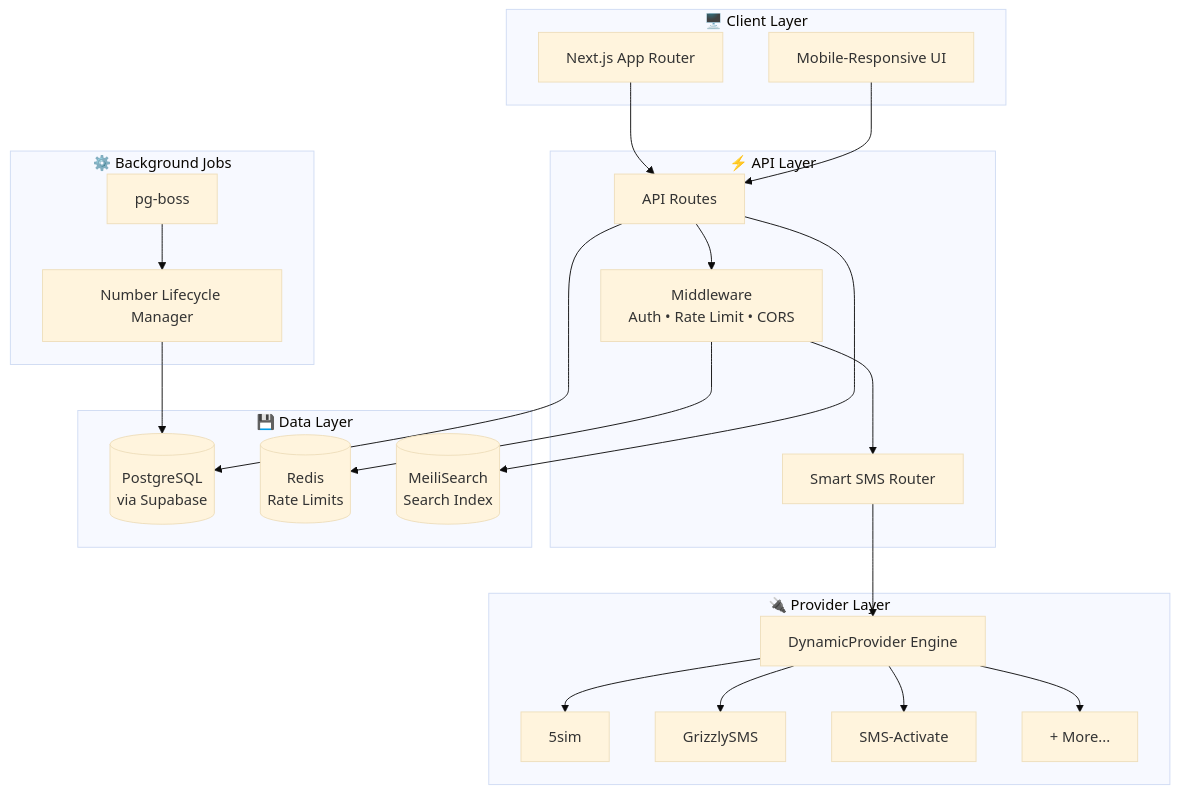
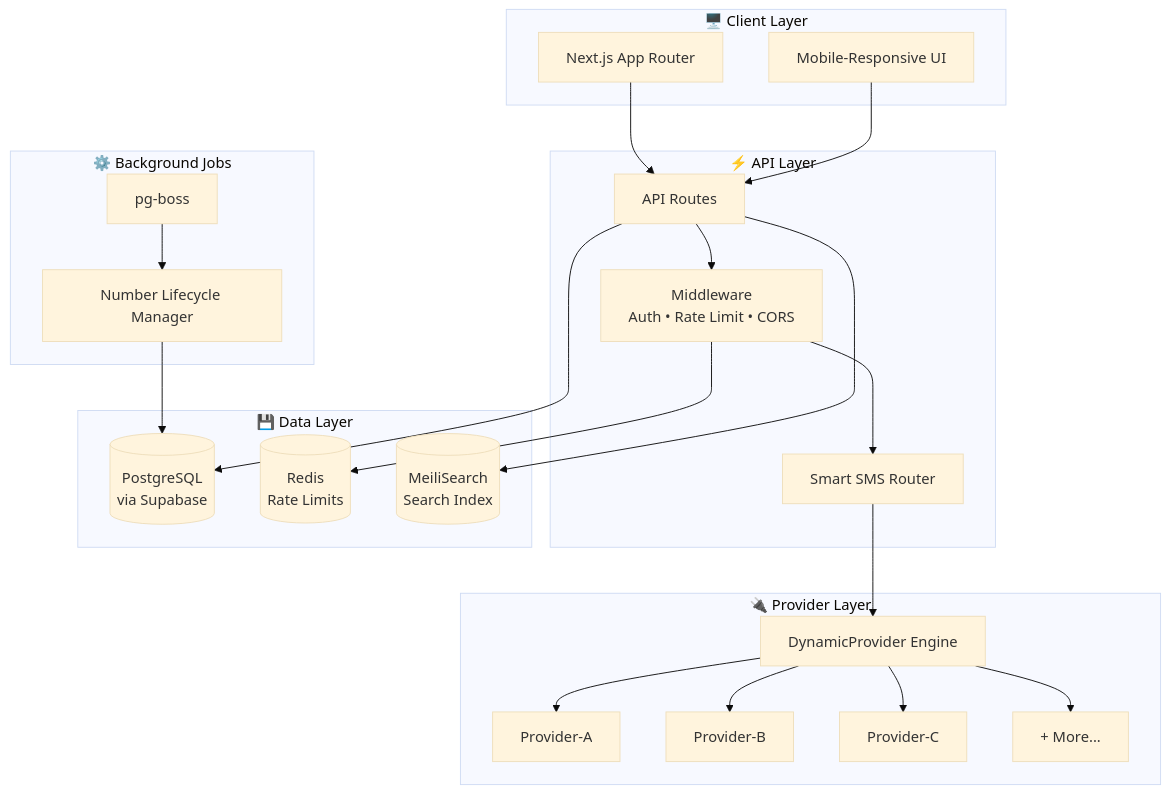
One commit to FlashTheFire/NexNum changed the first of 4 diagrams in README.md. Above: the diagram before and after it, drawn with Mermaid (base theme). The commit also changed other lines of this file and 83 other files, not shown here.

````diff
--- a/README.md
+++ b/README.md
@@ -106,43 +106,43 @@
 ```mermaid
 flowchart TB
     subgraph Client["🖥️ Client Layer"]
         WEB["Next.js App Router"]
         MOBILE["Mobile-Responsive UI"]
     end
     
     subgraph API["⚡ API Layer"]
         ROUTES["API Routes"]
         MW["Middleware<br/>Auth • Rate Limit • CORS"]
         ROUTER["Smart SMS Router"]
     end
     
     subgraph Providers["🔌 Provider Layer"]
         DP["DynamicProvider Engine"]
-        P1["5sim"]
-        P2["GrizzlySMS"]
-        P3["SMS-Activate"]
+        P1["Provider-A"]
+        P2["Provider-B"]
+        P3["Provider-C"]
         MORE["+ More..."]
     end
     
     subgraph Data["💾 Data Layer"]
         DB[(PostgreSQL<br/>via Supabase)]
         REDIS[(Redis<br/>Rate Limits)]
         MEILISEARCH[(MeiliSearch<br/>Search Index)]
     end
     
     subgraph Jobs["⚙️ Background Jobs"]
         BOSS["pg-boss"]
         LIFECYCLE["Number Lifecycle Manager"]
     end
     
     WEB --> ROUTES
     MOBILE --> ROUTES
     ROUTES --> MW --> ROUTER
     ROUTER --> DP
     DP --> P1 & P2 & P3 & MORE
     ROUTES --> DB
     MW --> REDIS
     ROUTES --> MEILISEARCH
     LIFECYCLE --> DB
     BOSS --> LIFECYCLE
 ```
````
